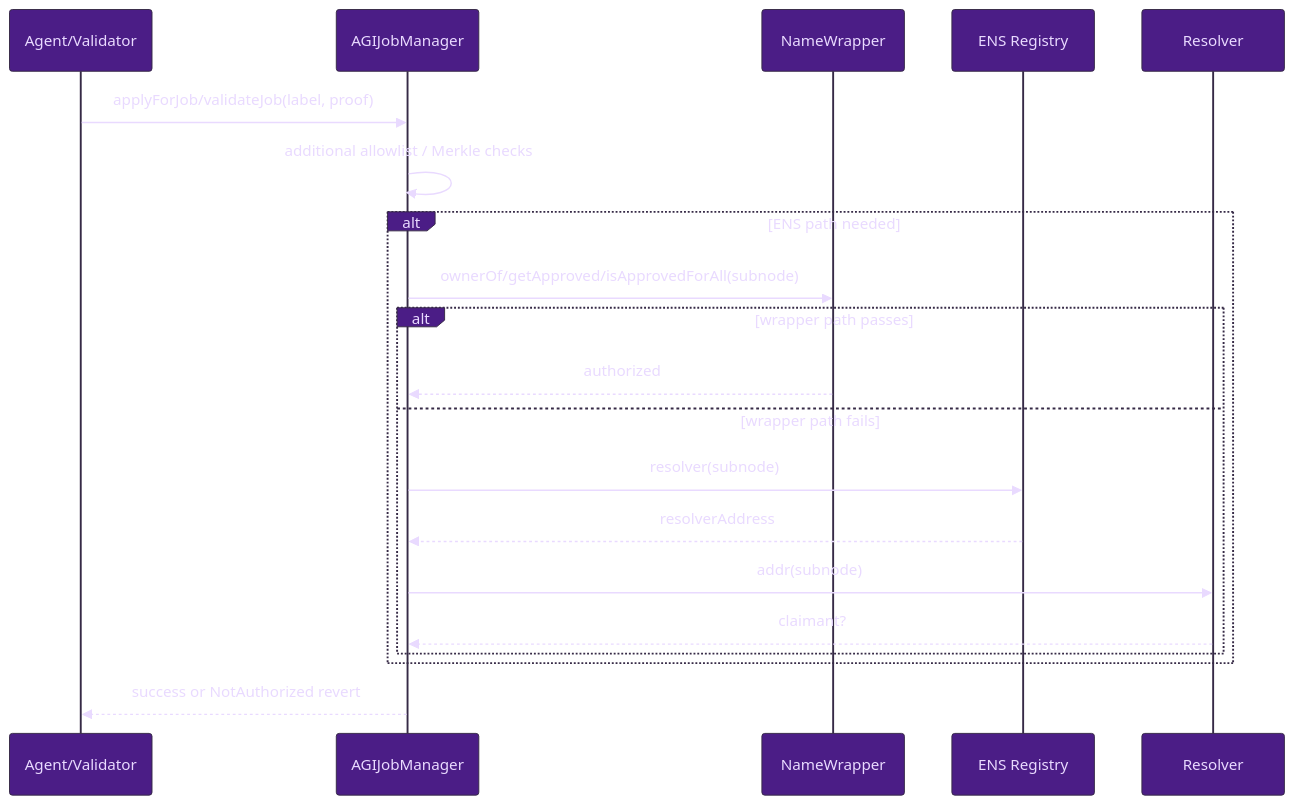
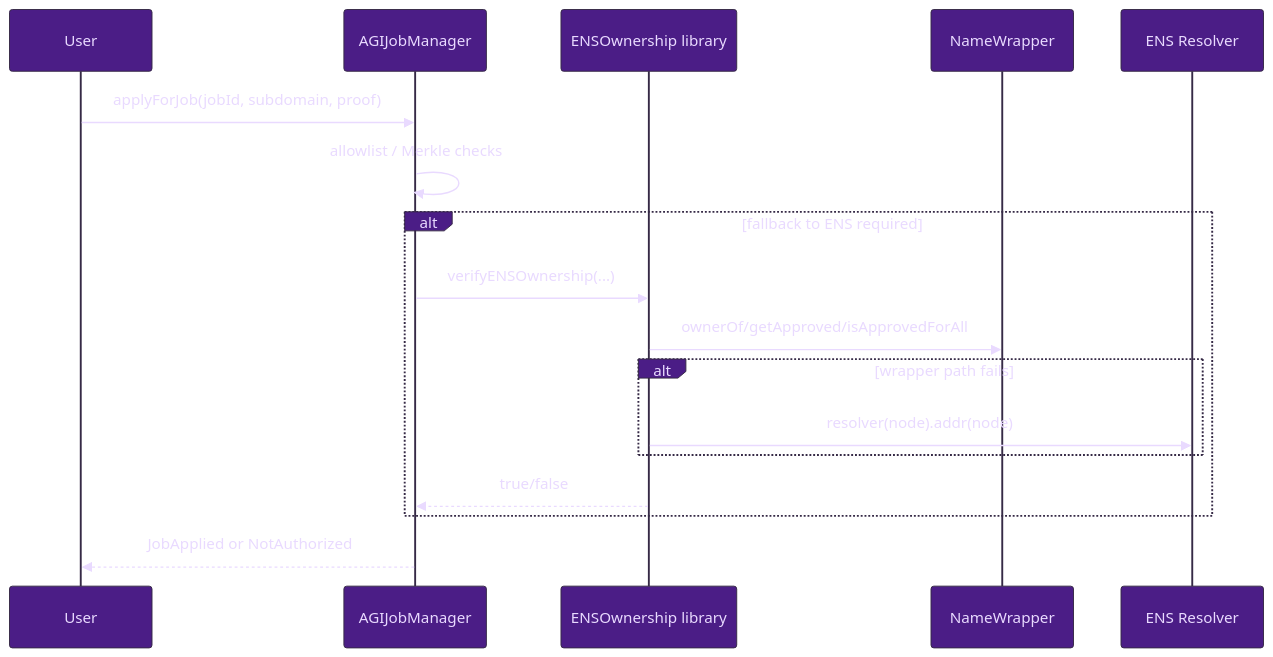
The second of 2 diagrams in docs/INTEGRATIONS/ENS.md (MontrealAI/AGIJobManager), drawn with Mermaid before and after one commit. The commit also changed other lines of this file and 6 other files, not shown here.

Commit message:
docs: harden ENS integration docs and integrity checks

````diff
--- a/docs/INTEGRATIONS/ENS.md
+++ b/docs/INTEGRATIONS/ENS.md
@@ -89,29 +93,26 @@
 ```mermaid
 %%{init: {"theme":"base","themeVariables":{
 "fontFamily":"ui-sans-serif, system-ui, -apple-system, Segoe UI, Roboto, Arial",
 "background":"#14001F","primaryColor":"#4B1D86","primaryTextColor":"#E9DAFF",
 "lineColor":"#7A3FF2","tertiaryColor":"#1B0B2A",
 "noteBkgColor":"#1B0B2A","noteTextColor":"#E9DAFF"
 }}}%%
 sequenceDiagram
-    participant U as Agent/Validator
+    participant U as User
     participant M as AGIJobManager
-    participant NW as NameWrapper
-    participant ER as ENS Registry
-    participant R as Resolver
+    participant L as ENSOwnership library
+    participant W as NameWrapper
+    participant R as ENS Resolver
 
-    U->>M: applyForJob/validateJob(label, proof)
-    M->>M: additional allowlist / Merkle checks
-    alt ENS path needed
-        M->>NW: ownerOf/getApproved/isApprovedForAll(subnode)
-        alt wrapper path passes
-            NW-->>M: authorized
-        else wrapper path fails
-            M->>ER: resolver(subnode)
-            ER-->>M: resolverAddress
-            M->>R: addr(subnode)
-            R-->>M: claimant?
-        end
+    U->>M: applyForJob(jobId, subdomain, proof)
+    M->>M: allowlist / Merkle checks
+    alt fallback to ENS required
+      M->>L: verifyENSOwnership(...)
+      L->>W: ownerOf/getApproved/isApprovedForAll
+      alt wrapper path fails
+        L->>R: resolver(node).addr(node)
+      end
+      L-->>M: true/false
     end
-    M-->>U: success or NotAuthorized revert
+    M-->>U: JobApplied or NotAuthorized
 ```
````
